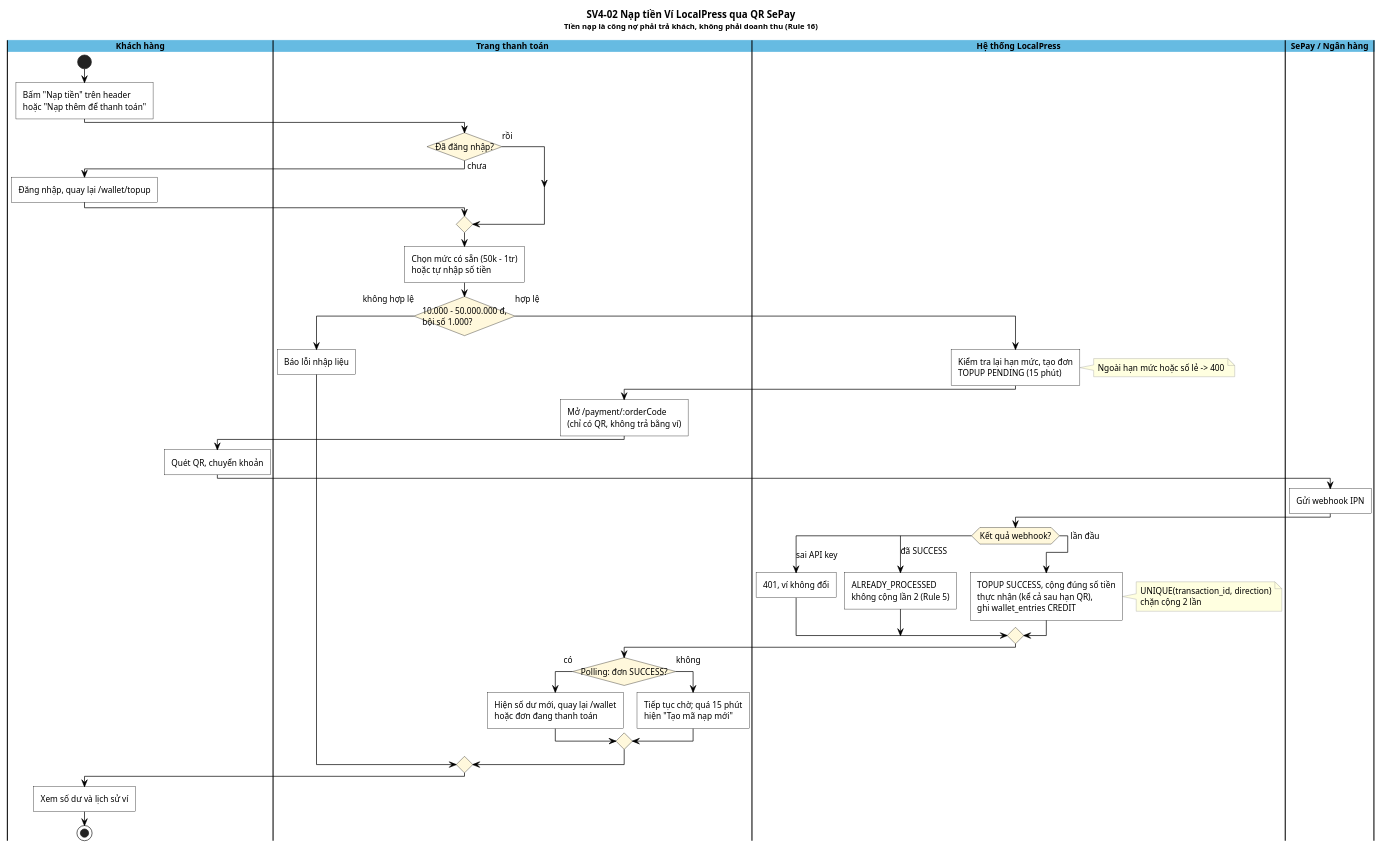
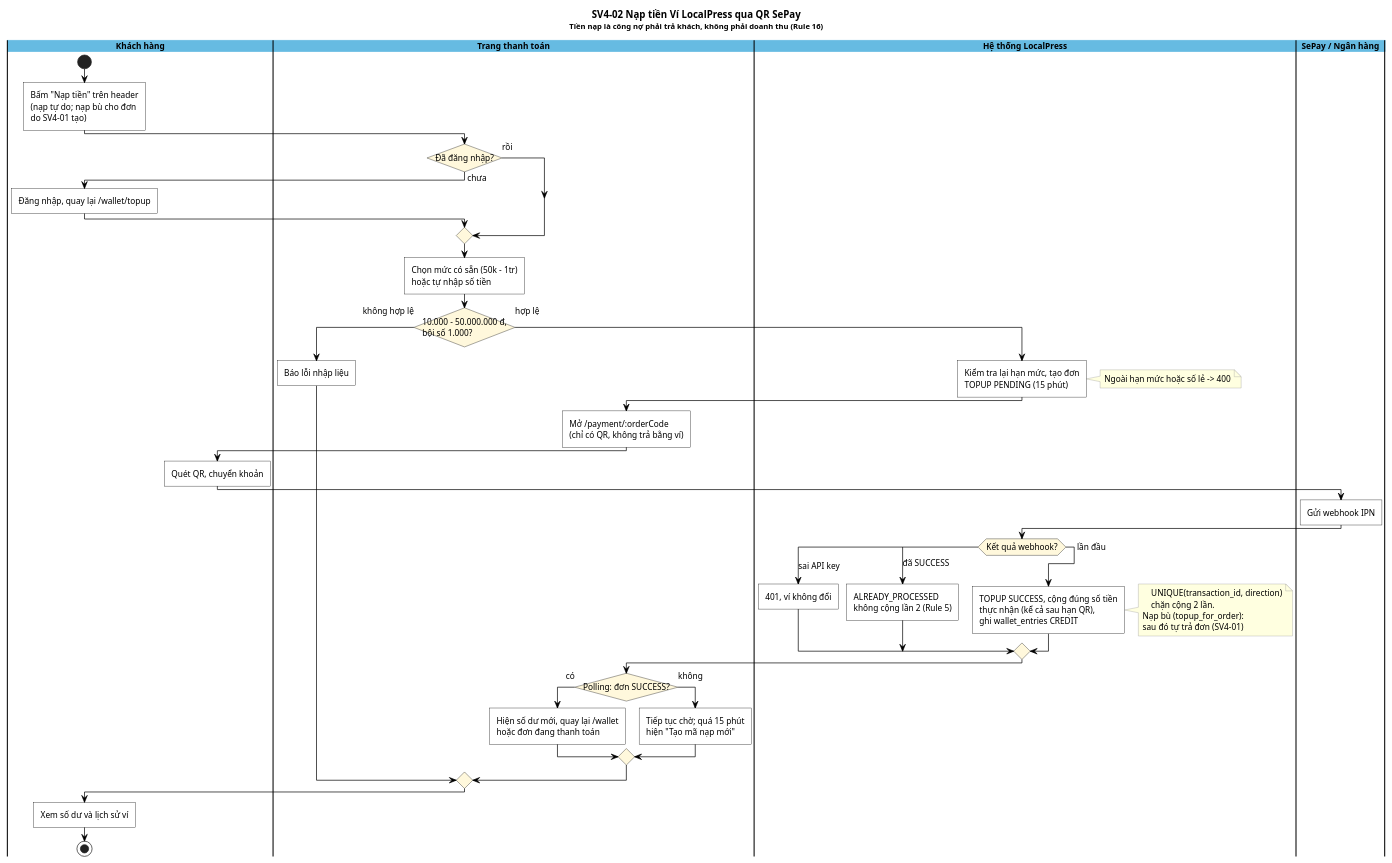
The diagram in docs/sv4/02_source/vi/swimlane_sv4_02_wallet_topup_vi.puml (huyz4nny/SWP391_LOCALPRESS-REVENUE-TRUST-PLATFORM), drawn with PlantUML before and after one commit. The commit also changed 189 other files, not shown here.

```diff
--- a/docs/sv4/02_source/vi/swimlane_sv4_02_wallet_topup_vi.puml
+++ b/docs/sv4/02_source/vi/swimlane_sv4_02_wallet_topup_vi.puml
@@ -1,93 +1,96 @@
 @startuml swimlane_sv4_02_wallet_topup_vi
 title SV4-02 Nạp tiền Ví LocalPress qua QR SePay\n<size:11>Tiền nạp là công nợ phải trả khách, không phải doanh thu (Rule 16)</size>
 
 scale max 4000 width
 skinparam backgroundColor white
 skinparam shadowing false
 skinparam defaultFontName Arial
 skinparam defaultFontSize 12
 skinparam ArrowColor #000000
 skinparam conditionStyle InsideDiamond
 skinparam roundCorner 0
 skinparam swimlane {
   BorderColor #000000
   TitleBackgroundColor #66BBE2
   TitleFontStyle bold
 }
 skinparam activity {
   BackgroundColor white
   BorderColor #000000
   DiamondBackgroundColor #FFF8DC
   DiamondBorderColor #000000
 }
 skinparam note {
   BackgroundColor #FFFFE0
   BorderColor #999999
 }
 
 |Khách hàng|
 |Trang thanh toán|
 |Hệ thống LocalPress|
 |SePay / Ngân hàng|
 
 |Khách hàng|
 start
 :Bấm "Nạp tiền" trên header
-hoặc "Nạp thêm để thanh toán";
+(nạp tự do; nạp bù cho đơn
+do SV4-01 tạo);
 |Trang thanh toán|
 if (Đã đăng nhập?) then (rồi)
 else (chưa)
   |Khách hàng|
   :Đăng nhập, quay lại /wallet/topup;
 endif
 |Trang thanh toán|
 :Chọn mức có sẵn (50k - 1tr)
 hoặc tự nhập số tiền;
 if (10.000 - 50.000.000 đ,
 bội số 1.000?) then (không hợp lệ)
   |Trang thanh toán|
   :Báo lỗi nhập liệu;
 else (hợp lệ)
   |Hệ thống LocalPress|
   :Kiểm tra lại hạn mức, tạo đơn
 TOPUP PENDING (15 phút);
   note right
   Ngoài hạn mức hoặc số lẻ -> 400
   end note
   |Trang thanh toán|
   :Mở /payment/:orderCode
 (chỉ có QR, không trả bằng ví);
   |Khách hàng|
   :Quét QR, chuyển khoản;
   |SePay / Ngân hàng|
   :Gửi webhook IPN;
   |Hệ thống LocalPress|
   switch (Kết quả webhook?)
   case (sai API key)
     :401, ví không đổi;
   case (đã SUCCESS)
     :ALREADY_PROCESSED
 không cộng lần 2 (Rule 5);
   case (lần đầu)
     :TOPUP SUCCESS, cộng đúng số tiền
 thực nhận (kể cả sau hạn QR),
 ghi wallet_entries CREDIT;
     note right
     UNIQUE(transaction_id, direction)
-    chặn cộng 2 lần
+    chặn cộng 2 lần.
+Nạp bù (topup_for_order):
+sau đó tự trả đơn (SV4-01)
     end note
   endswitch
   |Trang thanh toán|
   if (Polling: đơn SUCCESS?) then (có)
     :Hiện số dư mới, quay lại /wallet
 hoặc đơn đang thanh toán;
   else (không)
     :Tiếp tục chờ; quá 15 phút
 hiện "Tạo mã nạp mới";
   endif
 endif
 |Khách hàng|
 :Xem số dư và lịch sử ví;
 stop
 
 @enduml
```
